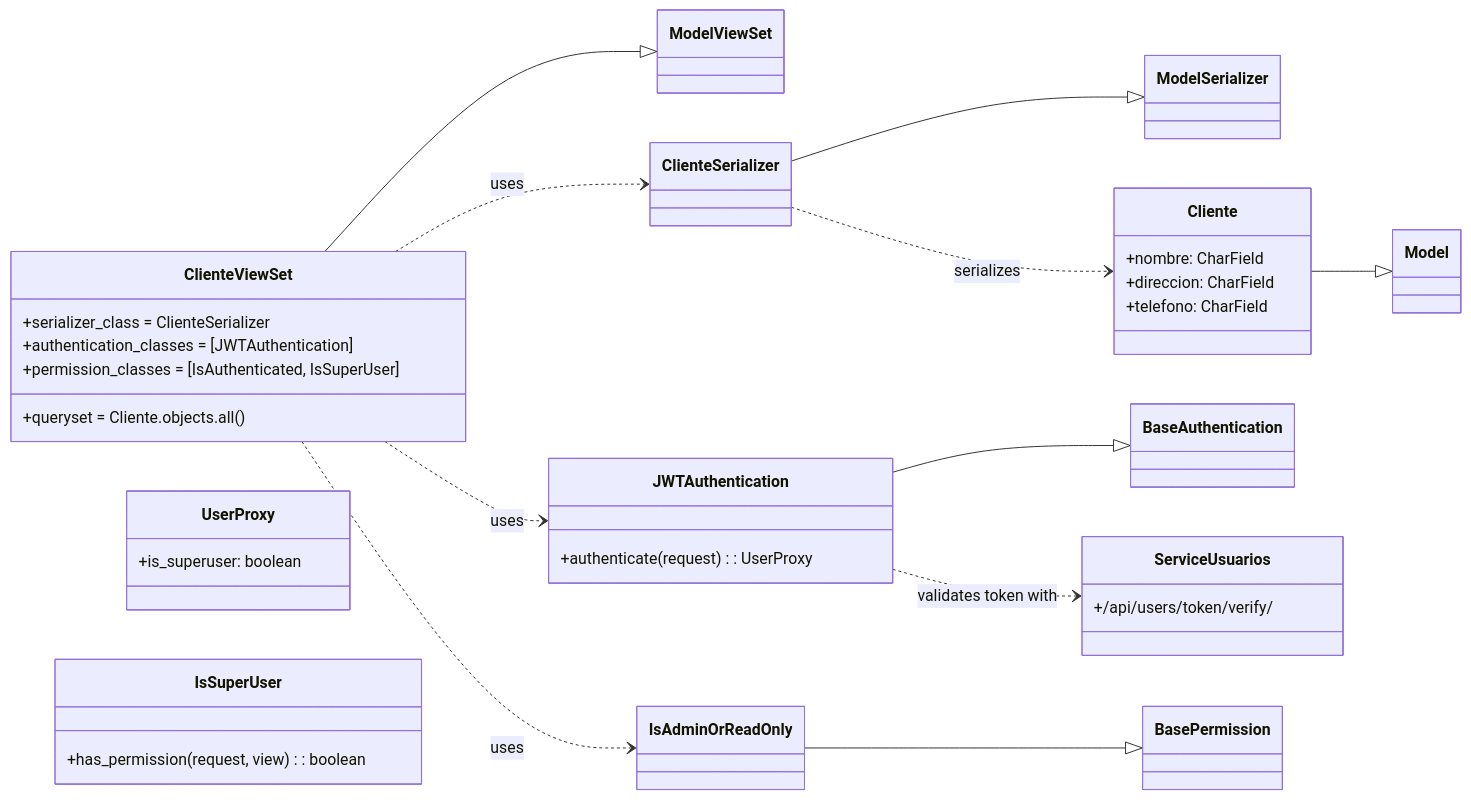
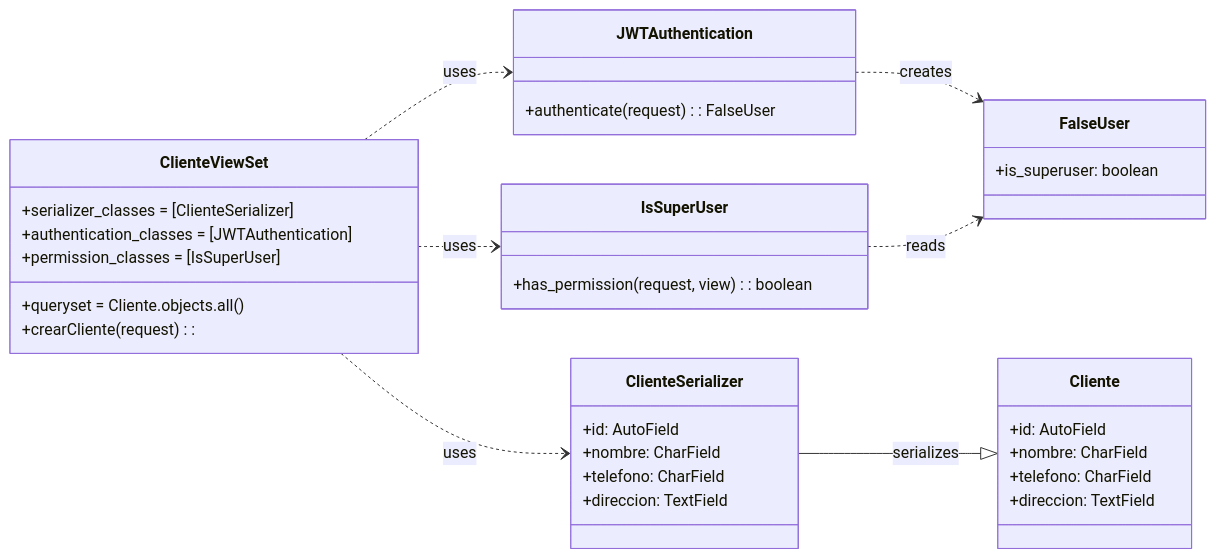
One commit to ivanPeceto/Sistema-ERP-Como-en-Casa changed the diagram in graficos/Obsidian Vault/Backend/Diagrama Clases Microservicio Clientes.md. Above: the diagram before and after it, drawn with Mermaid. The commit also changed 8 other files, not shown here.

````diff
--- a/graficos/Obsidian Vault/Backend/Diagrama Clases Microservicio Clientes.md
+++ b/graficos/Obsidian Vault/Backend/Diagrama Clases Microservicio Clientes.md
@@ -1,60 +1,44 @@
 ```mermaid
 classDiagram
     direction LR
-		
+
 	class ClienteViewSet {
 		+queryset = Cliente.objects.all()
-		+serializer_class = ClienteSerializer
+		+serializer_classes = [ClienteSerializer]
 		+authentication_classes = [JWTAuthentication]
-		+permission_classes = [IsAuthenticated, IsSuperUser]
+		+permission_classes = [IsSuperUser]
+		+crearCliente(request): 
 	}
-	
+
 	class ClienteSerializer {
+		+id: AutoField
+		+nombre: CharField
+		+telefono: CharField
+		+direccion: TextField
+	 }
+	  
+	 class Cliente {
+		+id: AutoField
+		+nombre: CharField
+		+telefono: CharField
+		+direccion: TextField
+	  }
+
+	class JWTAuthentication {
+		+authenticate(request): FalseUser
 	}
-	
-	class Cliente {
-		+nombre: CharField
-		+direccion: CharField
-		+telefono: CharField
+	 class FalseUser {
+		+is_superuser: boolean
 	}
-	
-	
-	
-	class JWTAuthentication {
-		+authenticate(request): UserProxy 
-	} 
-		
-	class UserProxy {
 
-		 +is_superuser: boolean 
-	}
-	
-	
-	
 	class IsSuperUser {
 		+has_permission(request, view): boolean
-	}
-	
-	
-	
-	class ServiceUsuarios {
-	+/api/users/token/verify/
-	}
-	
-
-
-    ClienteViewSet --|> ModelViewSet
-    ClienteSerializer --|> ModelSerializer
-    Cliente --|> Model
-    JWTAuthentication --|> BaseAuthentication
-    IsAdminOrReadOnly --|> BasePermission
-
-
+	}  
+            
+    ClienteViewSet ..> JWTAuthentication : uses
+    ClienteViewSet ..> IsSuperUser : uses
     ClienteViewSet ..> ClienteSerializer : uses
-    ClienteViewSet ..> JWTAuthentication : uses
-    ClienteViewSet ..> IsAdminOrReadOnly : uses
-    ClienteSerializer ..> Cliente : serializes
-
-
-    JWTAuthentication ..> ServiceUsuarios : validates token with
+    ClienteSerializer --|> Cliente : serializes
+    JWTAuthentication ..> FalseUser : creates
+    IsSuperUser ..> FalseUser : reads
 ```
````
